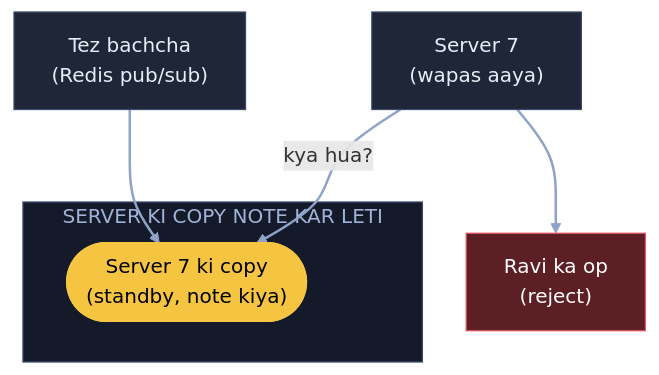
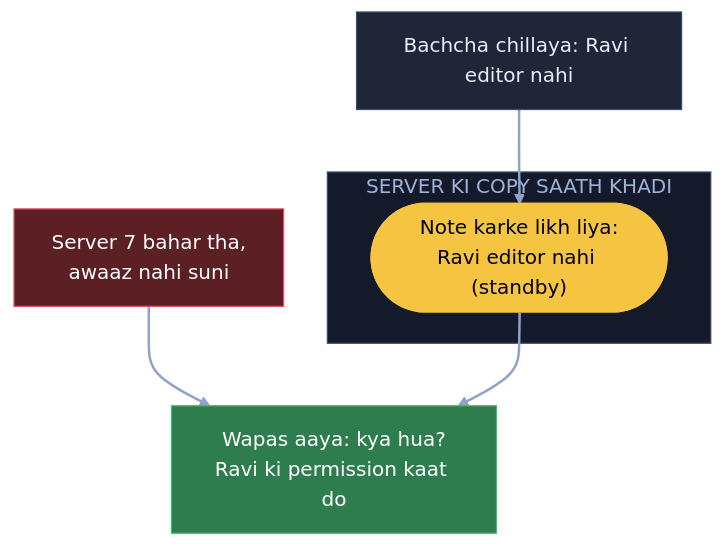
One commit to ArpanMaheshwari144/Prep changed the seventh of 7 diagrams in 04_HLD/SYSTEM_DESIGNS/11_google_docs_collab/11_google_docs_collab.md. Above: the diagram before and after it, drawn with Mermaid. The commit also changed other lines of this file, not shown here.

Commit message:
Docs: 7 diagram hand notes ke shabdon se, K5 me 500 copy / paisa / interviewer wali baat notes jaisi

````diff
--- a/04_HLD/SYSTEM_DESIGNS/11_google_docs_collab/11_google_docs_collab.md
+++ b/04_HLD/SYSTEM_DESIGNS/11_google_docs_collab/11_google_docs_collab.md
@@ -233,18 +238,18 @@
 ```mermaid
 flowchart TB
-    P["Tez bachcha<br/>(Redis pub/sub)"]:::card
-    subgraph CP["SERVER KI COPY NOTE KAR LETI"]
-        C(["Server 7 ki copy<br/>(standby, note kiya)"]):::pill
+    P["Bachcha chillaya: Ravi editor nahi"]:::card
+    S7["Server 7 bahar tha,<br/>awaaz nahi suni"]:::bad
+    subgraph CP["SERVER KI COPY SAATH KHADI"]
+        C(["Note karke likh liya:<br/>Ravi editor nahi (standby)"]):::pill
     end
-    S7["Server 7<br/>(wapas aaya)"]:::card
-    X["Ravi ka op<br/>(reject)"]:::bad
+    W["Wapas aaya: kya hua?<br/>Ravi ki permission kaat do"]:::good
     P --> C
-    S7 -- "kya hua?" --> C
-    S7 --> X
+    S7 --> W
+    C --> W
     linkStyle default stroke:#8fa3c7,stroke-width:2px
     classDef card fill:#1e2638,stroke:#3a4a6b,color:#e8ecf5
     classDef pill fill:#f5c542,stroke:#f5c542,color:#000
     classDef good fill:#2e7d4f,stroke:#3fbf6f,color:#fff
     classDef bad fill:#5c1f24,stroke:#e05561,color:#fff
     style CP fill:#141a29,stroke:#3a4a6b,color:#9fb3d9
 ```
````
